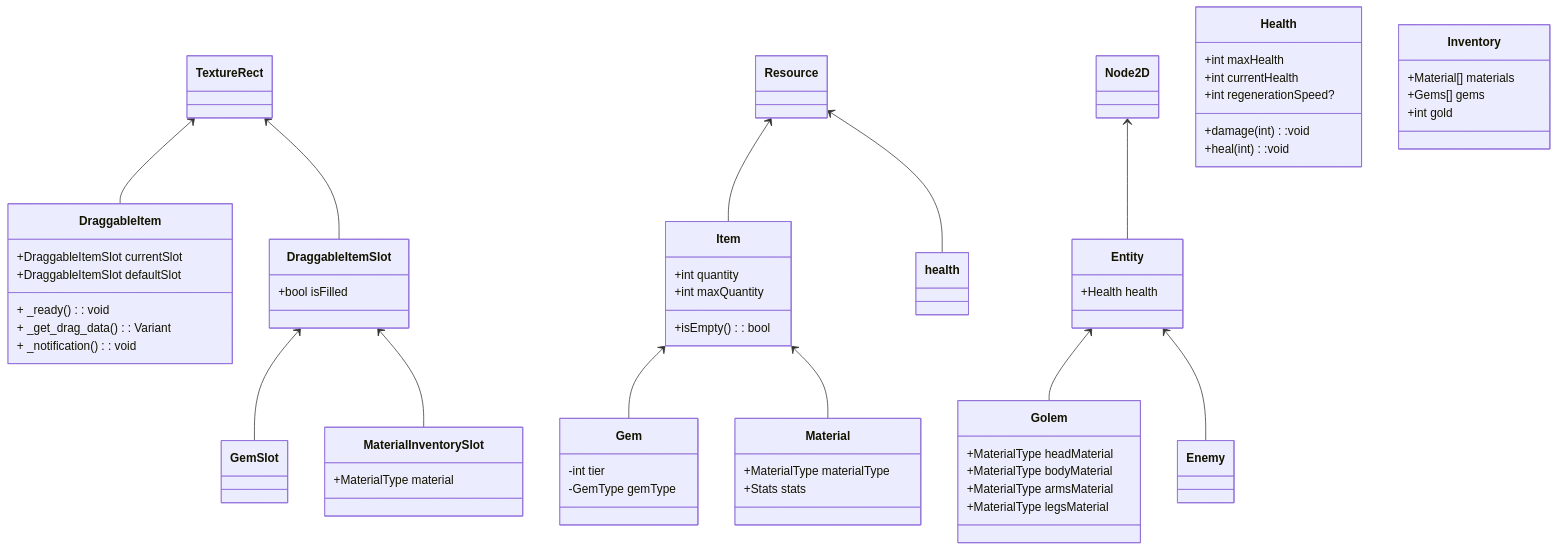
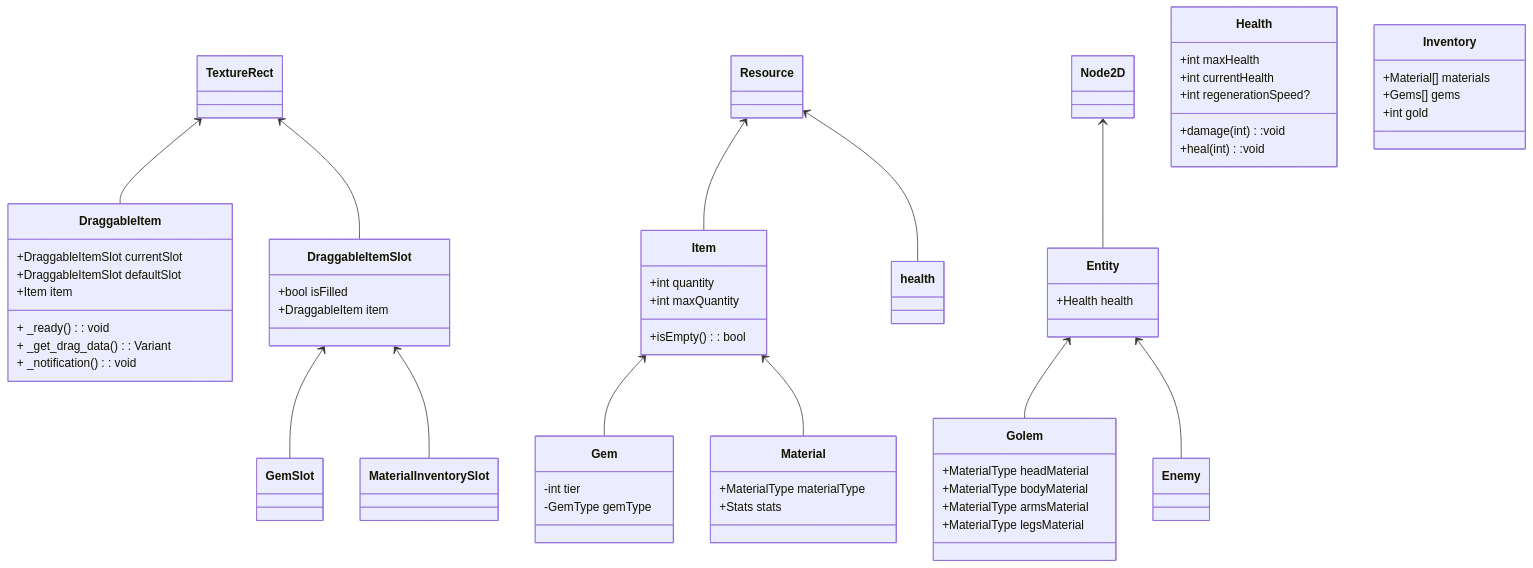
The diagram in test.md (pyralasis/GolemGameGodot), drawn with Mermaid before and after one commit. The commit also changed 13 other files, not shown here.

````diff
--- a/test.md
+++ b/test.md
@@ -1,74 +1,71 @@
 ```mermaid
 classDiagram
     
     TextureRect <-- DraggableItem
     class DraggableItem{
         +DraggableItemSlot currentSlot
         +DraggableItemSlot defaultSlot
+        +Item item
 
         + _ready(): void 
         + _get_drag_data(): Variant
         + _notification(): void
     }
 
     Resource <-- Item
     Item <-- Gem
     Item <-- Material
     class Item{
         +int quantity
         +int maxQuantity
         +isEmpty(): bool
     }
     class Gem{
         -int tier
         -GemType gemType
     }
     class Material{
         +MaterialType materialType
         +Stats stats
     }
 
     TextureRect <-- DraggableItemSlot
     DraggableItemSlot <-- GemSlot
     DraggableItemSlot <-- MaterialInventorySlot
 
     class DraggableItemSlot{
         +bool isFilled
-    }
-    class GemSlot{
-    }
-    class MaterialInventorySlot{
-        +MaterialType material
+        +DraggableItem item
     }
 
     Node2D <-- Entity
     Entity <-- Golem
     Entity <-- Enemy
     class Entity{
         +Health health
     }
     class Golem{
         +MaterialType headMaterial
         +MaterialType bodyMaterial
         +MaterialType armsMaterial
         +MaterialType legsMaterial
     }
     class Enemy{
 
     }
 
     Resource <-- health
     class Health{
         +int maxHealth
         +int currentHealth
         +int regenerationSpeed?
         +damage(int):void
         +heal(int):void
     }
 
     class Inventory{
         +Material[] materials
         +Gems[] gems
         +int gold
     }
 ```
````
